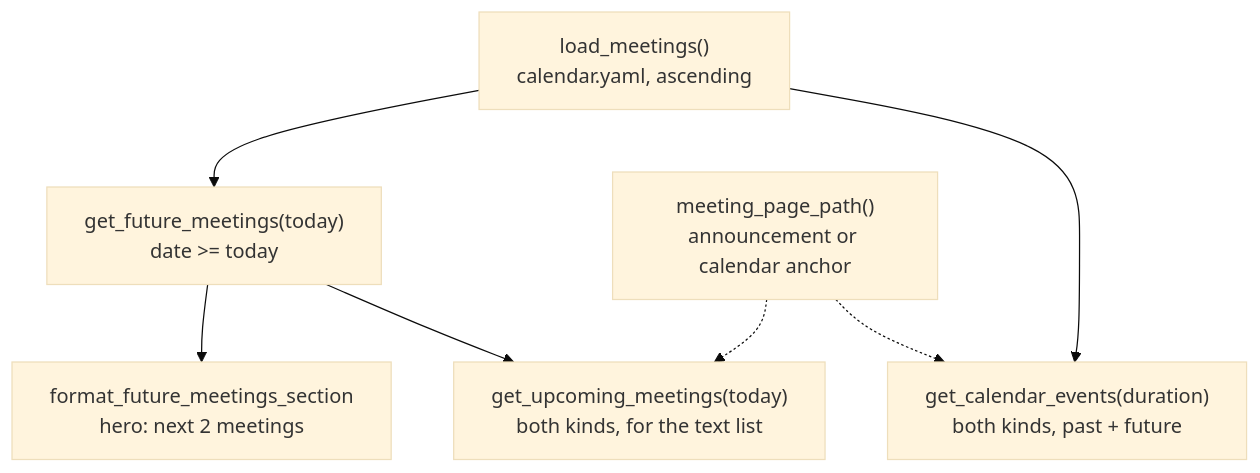
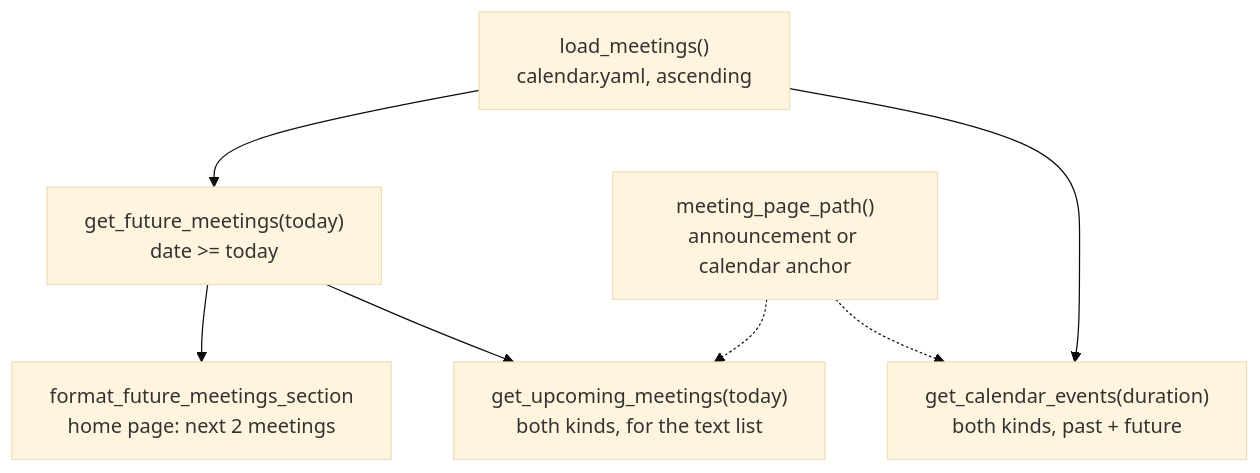
Before and after one commit to Boston-Robot-Hackers/brh-website-2: the second of 2 diagrams in process/01-literate/04-content_manager.md, drawn with Mermaid (base theme). The commit also changed other lines of this file and 38 other files, not shown here.

First line of the commit message:
Remove the hero concept and tighten the Meetings header (F23)

````diff
--- a/process/01-literate/04-content_manager.md
+++ b/process/01-literate/04-content_manager.md
@@ -100,9 +98,9 @@
 ```mermaid
 flowchart TD
     L["load_meetings()<br/>calendar.yaml, ascending"] --> F["get_future_meetings(today)<br/>date >= today"]
     L --> E["get_calendar_events(duration)<br/>both kinds, past + future"]
-    F --> H["format_future_meetings_section<br/>hero: next 2 meetings"]
+    F --> H["format_future_meetings_section<br/>home page: next 2 meetings"]
     F --> T["get_upcoming_meetings(today)<br/>both kinds, for the text list"]
     P["meeting_page_path()<br/>announcement or calendar anchor"] -.-> T
     P -.-> E
 ```
````
